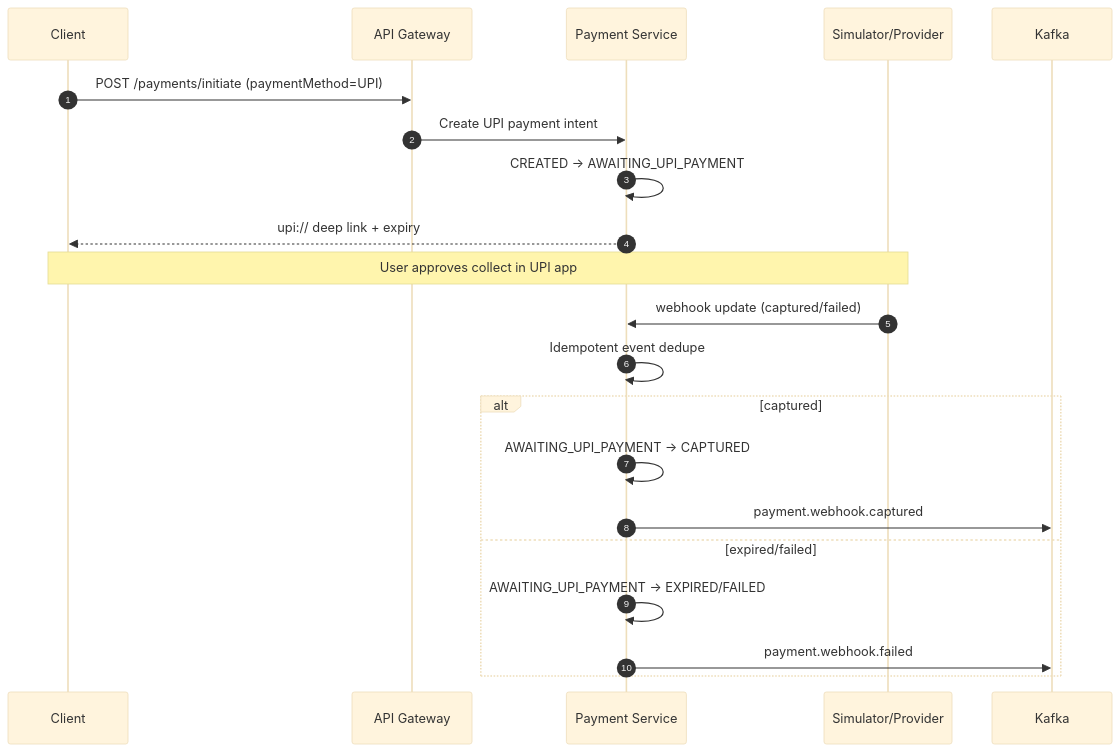
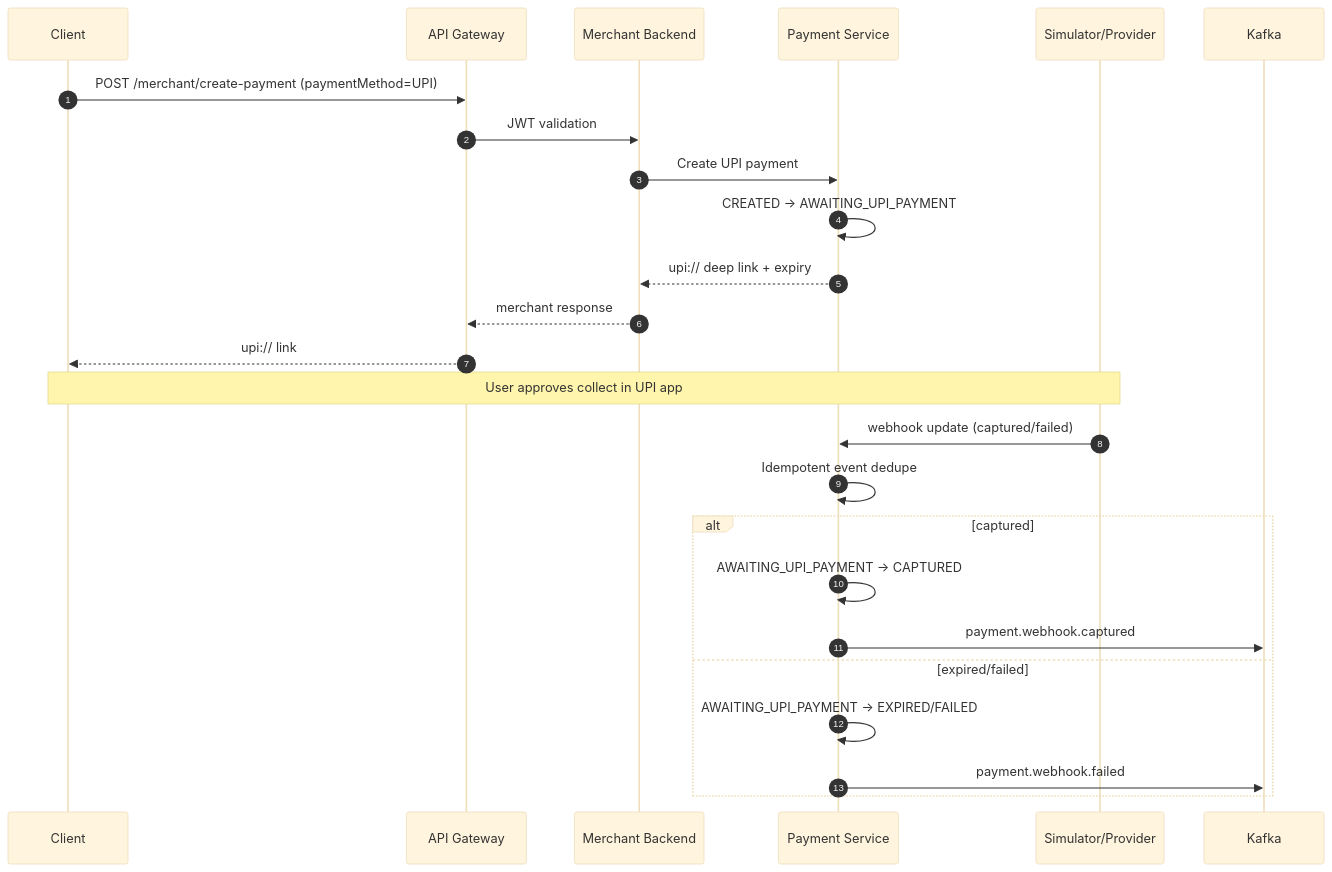
One commit to Drive10/payment-gateway changed the second of 2 diagrams in README.md. Above: the diagram before and after it, drawn with Mermaid (base theme). The commit also changed other lines of this file and 120 other files, not shown here.

First line of the commit message:
feat: Enable end-to-end payment flow with local development support

````diff
--- a/README.md
+++ b/README.md
@@ -123,26 +146,30 @@
 ```mermaid
 sequenceDiagram
     autonumber
     participant C as Client
     participant G as API Gateway
+    participant M as Merchant Backend
     participant P as Payment Service
     participant S as Simulator/Provider
     participant K as Kafka
 
-    C->>G: POST /payments/initiate (paymentMethod=UPI)
-    G->>P: Create UPI payment intent
+    C->>G: POST /merchant/create-payment (paymentMethod=UPI)
+    G->>M: JWT validation
+    M->>P: Create UPI payment
     P->>P: CREATED -> AWAITING_UPI_PAYMENT
-    P-->>C: upi:// deep link + expiry
+    P-->>M: upi:// deep link + expiry
+    M-->>G: merchant response
+    G-->>C: upi:// link
 
     Note over C,S: User approves collect in UPI app
 
     S->>P: webhook update (captured/failed)
     P->>P: Idempotent event dedupe
     alt captured
       P->>P: AWAITING_UPI_PAYMENT -> CAPTURED
       P->>K: payment.webhook.captured
     else expired/failed
       P->>P: AWAITING_UPI_PAYMENT -> EXPIRED/FAILED
       P->>K: payment.webhook.failed
     end
 ```
````
